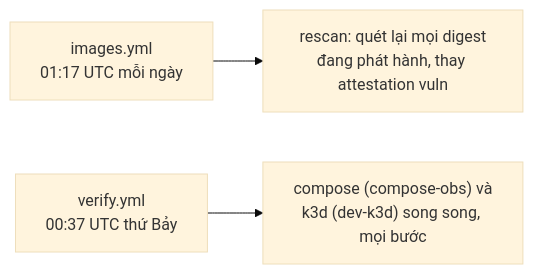
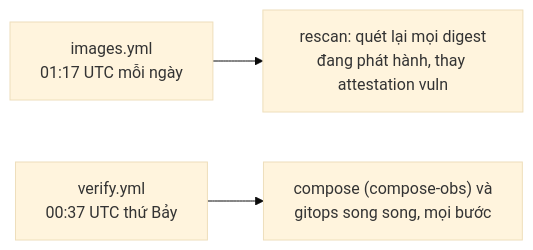
Before and after one commit to anhnvcoder/svp-backend: the third of 5 diagrams in docs/ci-cd.md, drawn with Mermaid (base theme). The commit also changed other lines of this file and 112 other files, not shown here.

````diff
--- a/docs/ci-cd.md
+++ b/docs/ci-cd.md
@@ -105,5 +105,5 @@
 ```mermaid
 flowchart LR
     daily["images.yml<br/>01:17 UTC mỗi ngày"] --> rescan["rescan: quét lại mọi digest<br/>đang phát hành, thay attestation vuln"]
-    weekly["verify.yml<br/>00:37 UTC thứ Bảy"] --> both["compose (compose-obs) và<br/>k3d (dev-k3d) song song, mọi bước"]
+    weekly["verify.yml<br/>00:37 UTC thứ Bảy"] --> both["compose (compose-obs) và<br/>gitops song song, mọi bước"]
 ```
````
